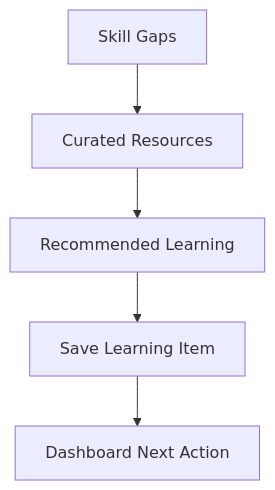
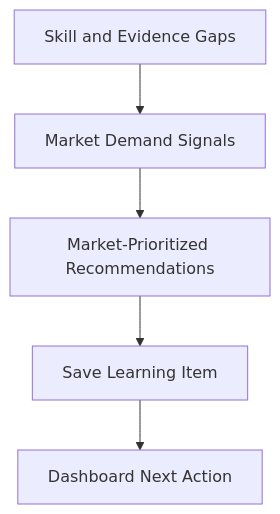
Before and after one commit to Mirzzie/Fadi: the fifth of 6 diagrams in docs/MVP_USER_JOURNEYS.md, drawn with Mermaid. The commit also changed other lines of this file and 65 other files, not shown here.

First line of the commit message:
docs: update architecture docs for Better Auth, Kai, and data sources

````diff
--- a/docs/MVP_USER_JOURNEYS.md
+++ b/docs/MVP_USER_JOURNEYS.md
@@ -134,7 +141,7 @@
 ```mermaid
 flowchart TD
-    Gaps[Skill Gaps] --> Resources[Curated Resources]
-    Resources --> Recommend[Recommended Learning]
+    Gaps[Skill and Evidence Gaps] --> Market[Market Demand Signals]
+    Market --> Recommend[Market-Prioritized Recommendations]
     Recommend --> Save[Save Learning Item]
     Save --> Dashboard[Dashboard Next Action]
 ```
````
